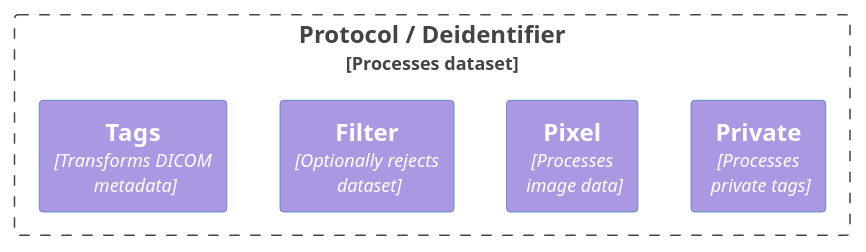
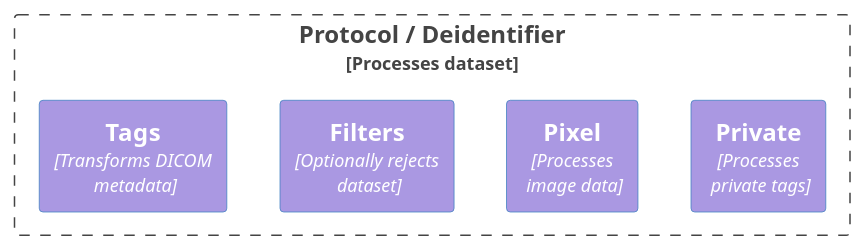
One commit to ResearchBureau/midom changed the diagram in docs/source/diagrams/components.puml. Above: the diagram before and after it, drawn with PlantUML. The commit also changed 20 other files, not shown here.

```diff
--- a/docs/source/diagrams/components.puml
+++ b/docs/source/diagrams/components.puml
@@ -1,20 +1,20 @@
 @startuml
 !includeurl  https://raw.githubusercontent.com/plantuml-stdlib/C4-PlantUML/master/C4_Context.puml
 !includeurl  https://raw.githubusercontent.com/plantuml-stdlib/C4-PlantUML/master/C4_Container.puml
 
 '# remove <<system>> above each block
 HIDE_STEREOTYPE()
 
 
 Boundary(protocol, "Protocol / Deidentifier", "Processes dataset") {
     Container(tags, "Tags", "Transforms DICOM\n metadata") #AA98E2
-    Container(filter, "Filter", "Optionally rejects\n dataset") #AA98E2
+    Container(filters, "Filters", "Optionally rejects\n dataset") #AA98E2
     Container(pixel, "Pixel", "Processes\n image data") #AA98E2
     Container(private, "Private", "Processes \n private tags") #AA98E2
 }
 
-tags -[hidden]r- filter
-filter -[hidden]r- pixel
+tags -[hidden]r- filters
+filters -[hidden]r- pixel
 pixel -[hidden]r- private
 
 @enduml
```
